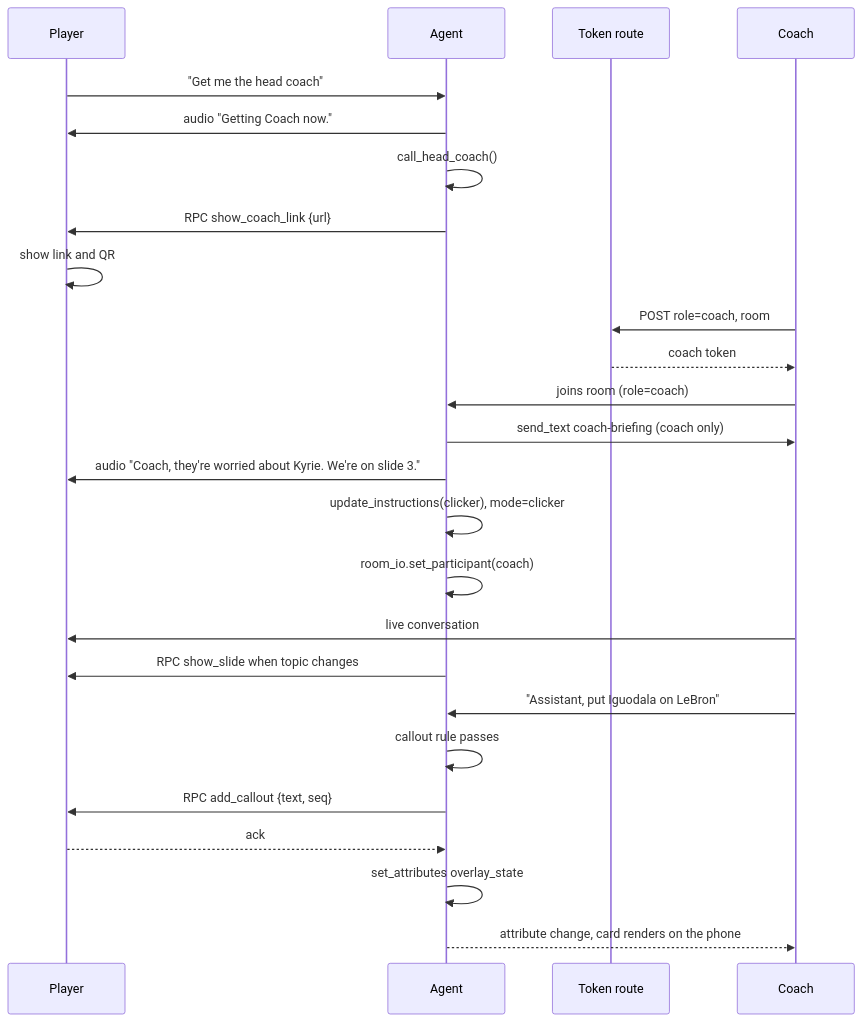
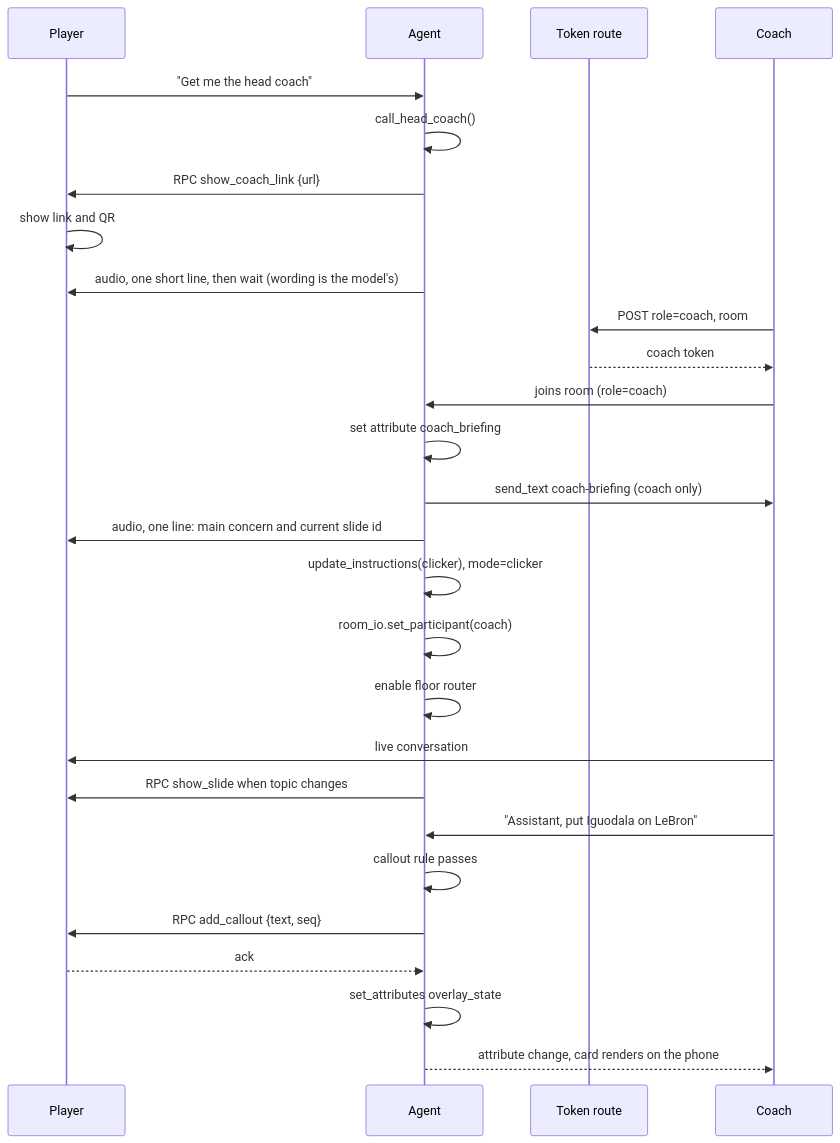
One commit to SidTheKid-dotcom/chalk-talk changed the fifth of 5 diagrams in docs/ARCHITECTURE.md. Above: the diagram before and after it, drawn with Mermaid. The commit also changed other lines of this file and 13 other files, not shown here.

````diff
--- a/docs/ARCHITECTURE.md
+++ b/docs/ARCHITECTURE.md
@@ -486,27 +486,29 @@
 ```mermaid
 sequenceDiagram
   participant P as Player
   participant A as Agent
   participant T as Token route
   participant C as Coach
   P->>A: "Get me the head coach"
-  A->>P: audio "Getting Coach now."
   A->>A: call_head_coach()
   A->>P: RPC show_coach_link {url}
   P->>P: show link and QR
+  A->>P: audio, one short line, then wait (wording is the model's)
   C->>T: POST role=coach, room
   T-->>C: coach token
   C->>A: joins room (role=coach)
+  A->>A: set attribute coach_briefing
   A->>C: send_text coach-briefing (coach only)
-  A->>P: audio "Coach, they're worried about Kyrie. We're on slide 3."
+  A->>P: audio, one line: main concern and current slide id
   A->>A: update_instructions(clicker), mode=clicker
   A->>A: room_io.set_participant(coach)
+  A->>A: enable floor router
   C->>P: live conversation
   A->>P: RPC show_slide when topic changes
   C->>A: "Assistant, put Iguodala on LeBron"
   A->>A: callout rule passes
   A->>P: RPC add_callout {text, seq}
   P-->>A: ack
   A->>A: set_attributes overlay_state
   A-->>C: attribute change, card renders on the phone
 ```
````
